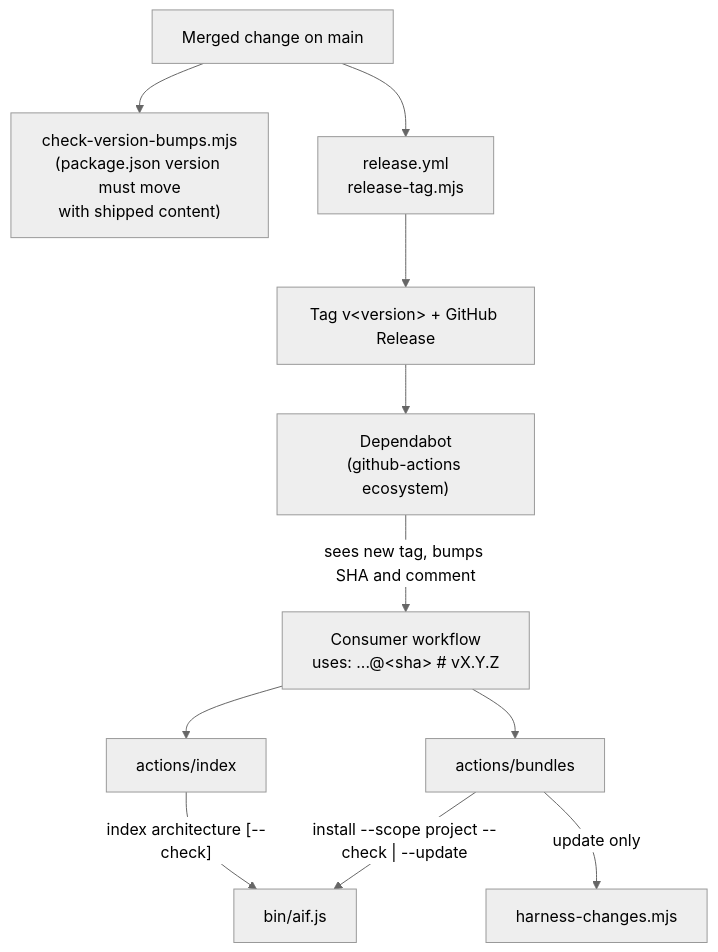
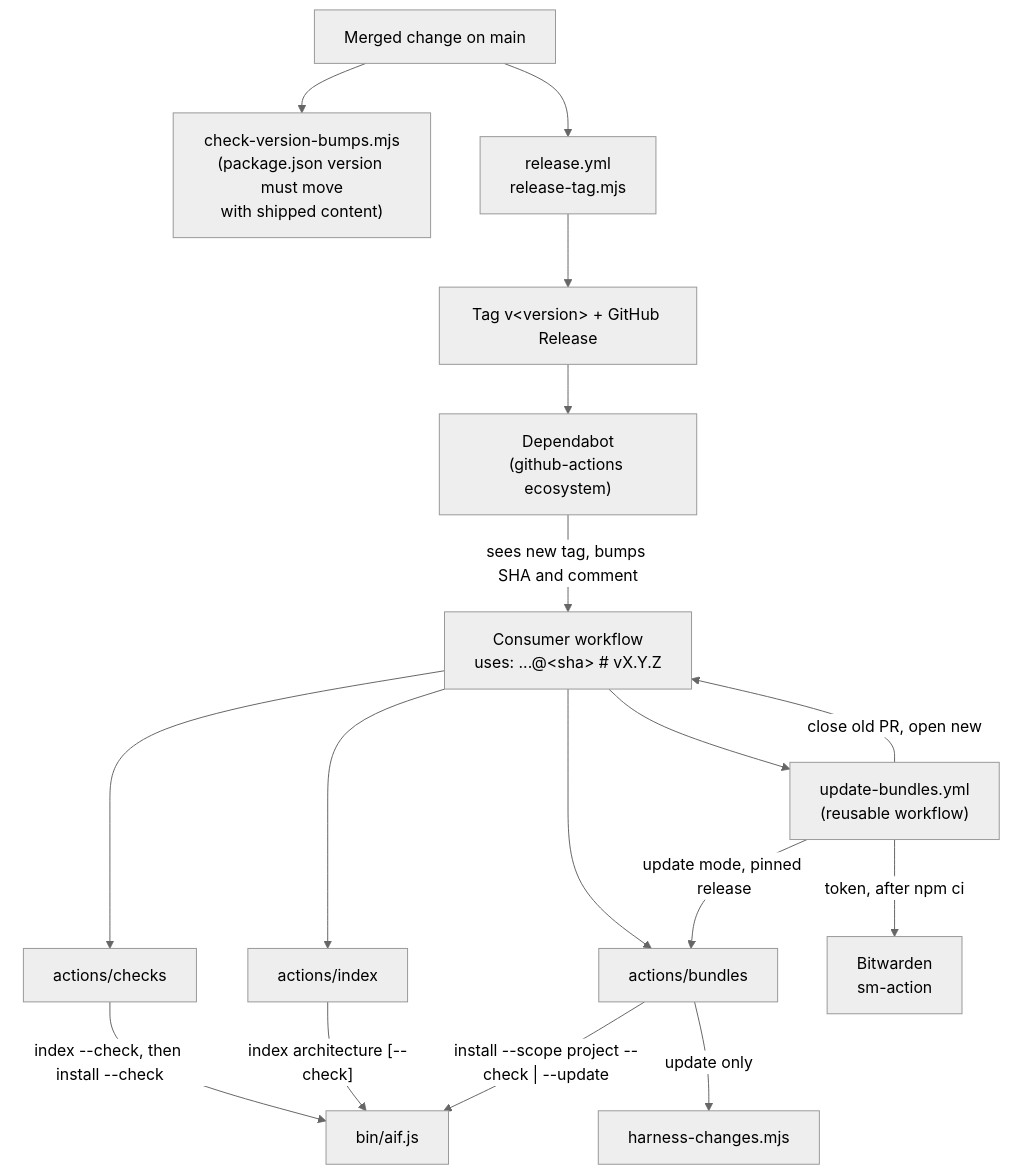
One commit to starvoxel/ai-foundation changed the diagram in docs/architecture/05_07_ci_actions_and_release.md. Above: the diagram before and after it, drawn with Mermaid (neutral theme). The commit also changed other lines of this file, not shown here.

First line of the commit message:
Update 5.07 for the checks action and update workflow

````diff
--- a/docs/architecture/05_07_ci_actions_and_release.md
+++ b/docs/architecture/05_07_ci_actions_and_release.md
@@ -22,22 +22,29 @@
 ```mermaid
 graph TD
   Dev["Merged change on main"]
   Bump["check-version-bumps.mjs\n(package.json version must move\nwith shipped content)"]
   Release["release.yml\nrelease-tag.mjs"]
   Tag["Tag v&lt;version&gt; + GitHub Release"]
   Consumer["Consumer workflow\nuses: ...@&lt;sha&gt; # vX.Y.Z"]
   Dependabot["Dependabot\n(github-actions ecosystem)"]
   Index["actions/index"]
   Bundles["actions/bundles"]
+  Checks["actions/checks"]
+  Update["update-bundles.yml\n(reusable workflow)"]
+  Bitwarden["Bitwarden\nsm-action"]
   Harness["harness-changes.mjs"]
   Aif["bin/aif.js"]
 
   Dev --> Bump
   Dev --> Release --> Tag
   Dependabot -->|"sees new tag, bumps SHA and comment"| Consumer
   Tag --> Dependabot
-  Consumer --> Index & Bundles
+  Consumer --> Index & Bundles & Checks & Update
+  Update -->|"update mode, pinned release"| Bundles
+  Update -->|"token, after npm ci"| Bitwarden
+  Update -->|"close old PR, open new"| Consumer
+  Checks -->|"index --check, then install --check"| Aif
   Index -->|"index architecture [--check]"| Aif
   Bundles -->|"install --scope project --check | --update"| Aif
   Bundles -->|"update only"| Harness
 ```
````
